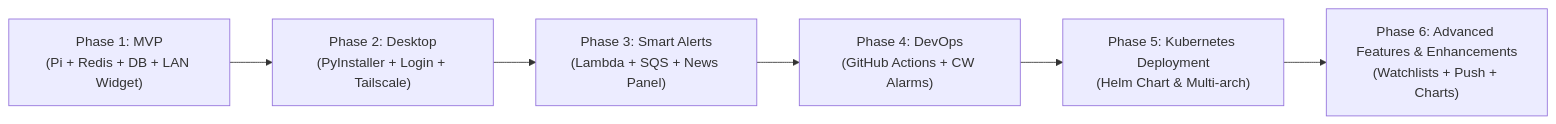
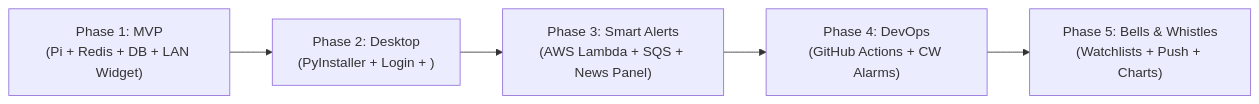
The diagram in docs/ROADMAP.md (melvindisla/Stock_Ticker_Widget_APP), drawn with Mermaid before and after one commit. The commit also changed other lines of this file and 2 other files, not shown here.

````diff
--- a/docs/ROADMAP.md
+++ b/docs/ROADMAP.md
@@ -5,8 +27,7 @@
 ```mermaid
 flowchart LR
-    A["Phase 1: MVP\n(Pi + Redis + DB + LAN Widget)"] --> B["Phase 2: Desktop\n(PyInstaller + Login + Tailscale)"]
-    B --> C["Phase 3: Smart Alerts\n(Lambda + SQS + News Panel)"]
-    C --> D["Phase 4: DevOps\n(GitHub Actions + CW Alarms)"]
-    D --> E["Phase 5: Kubernetes Deployment\n(Helm Chart & Multi‑arch)"]
-    E --> F["Phase 6: Advanced Features & Enhancements\n(Watchlists + Push + Charts)"]
+    A["Phase 1: MVP<br/>(Pi + Redis + DB + LAN Widget)"] --> B["Phase 2: Desktop<br/>(PyInstaller + Login + )"]
+    B --> C["Phase 3: Smart Alerts<br/>(AWS Lambda + SQS + News Panel)"]
+    C --> D["Phase 4: DevOps<br/>(GitHub Actions + CW Alarms)"]
+    D --> E["Phase 5: Bells & Whistles<br/>(Watchlists + Push + Charts)"]
 ```
````
